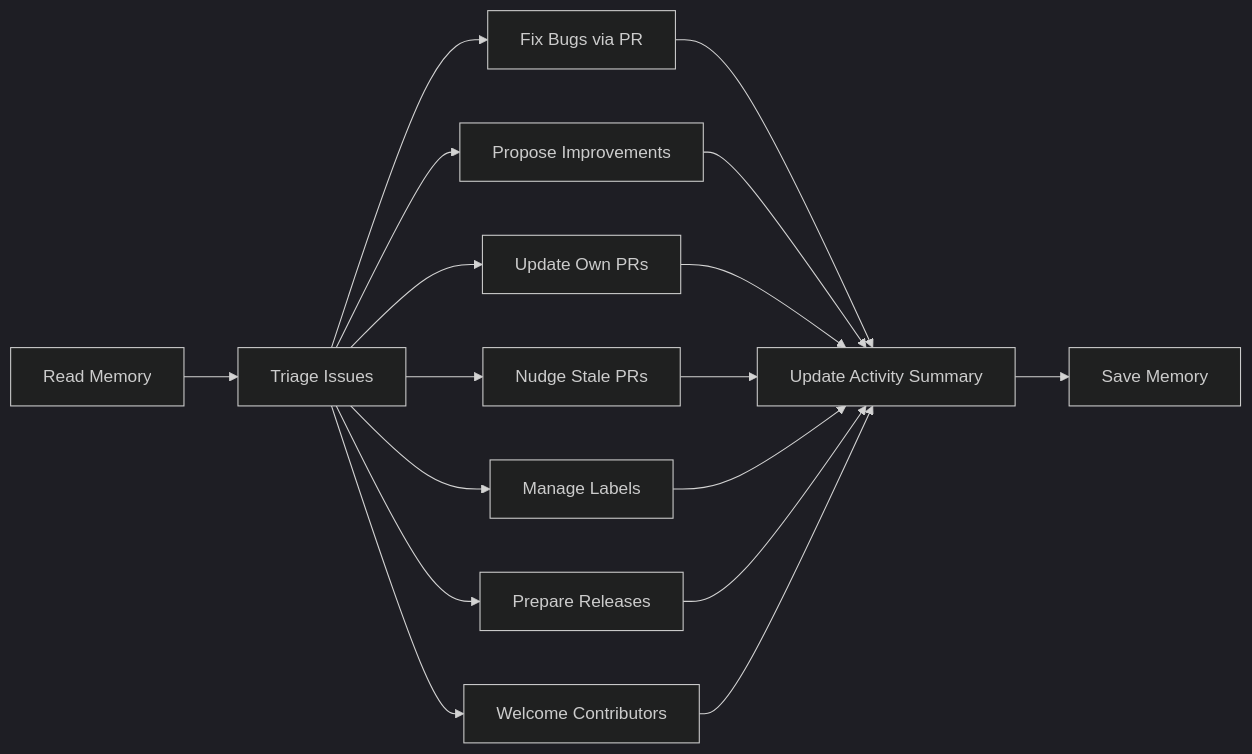
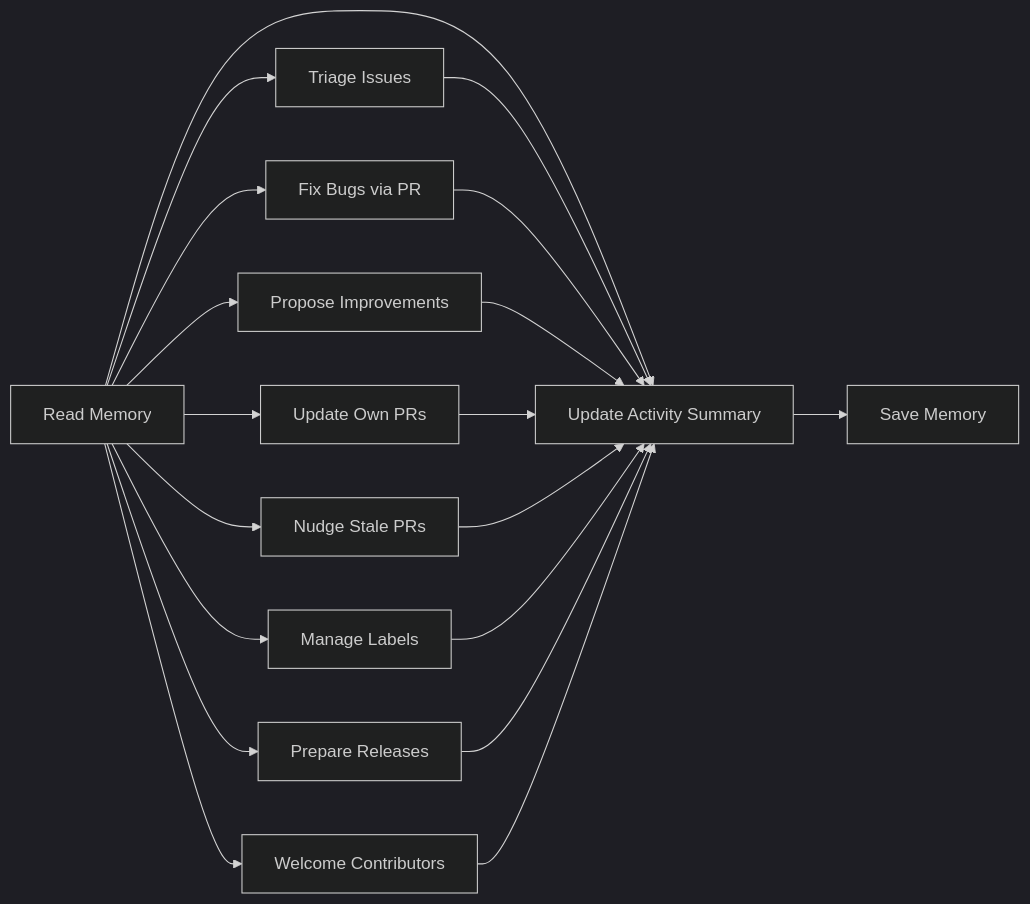
The diagram in docs/repo-assist.md (githubnext/agentics), drawn with Mermaid (dark theme) before and after one commit.

Commit message:
add repo assist

`````diff
--- a/docs/repo-assist.md
+++ b/docs/repo-assist.md
@@ -27,19 +27,21 @@
 ````mermaid
 graph LR
     A[Read Memory] --> B[Triage Issues]
-    B --> C[Fix Bugs via PR]
-    B --> D[Propose Improvements]
-    B --> E[Update Own PRs]
-    B --> F[Nudge Stale PRs]
-    B --> G[Manage Labels]
-    B --> H[Prepare Releases]
-    B --> I[Welcome Contributors]
-    C --> J[Update Activity Summary]
+    A --> C[Fix Bugs via PR]
+    A --> D[Propose Improvements]
+    A --> E[Update Own PRs]
+    A --> F[Nudge Stale PRs]
+    A --> G[Manage Labels]
+    A --> H[Prepare Releases]
+    A --> I[Welcome Contributors]
+    A --> J[Update Activity Summary]
+        B --> J
+        C --> J
         D --> J
         E --> J
         F --> J
         G --> J
         H --> J
         I --> J
     J --> K[Save Memory]
 ````
`````
